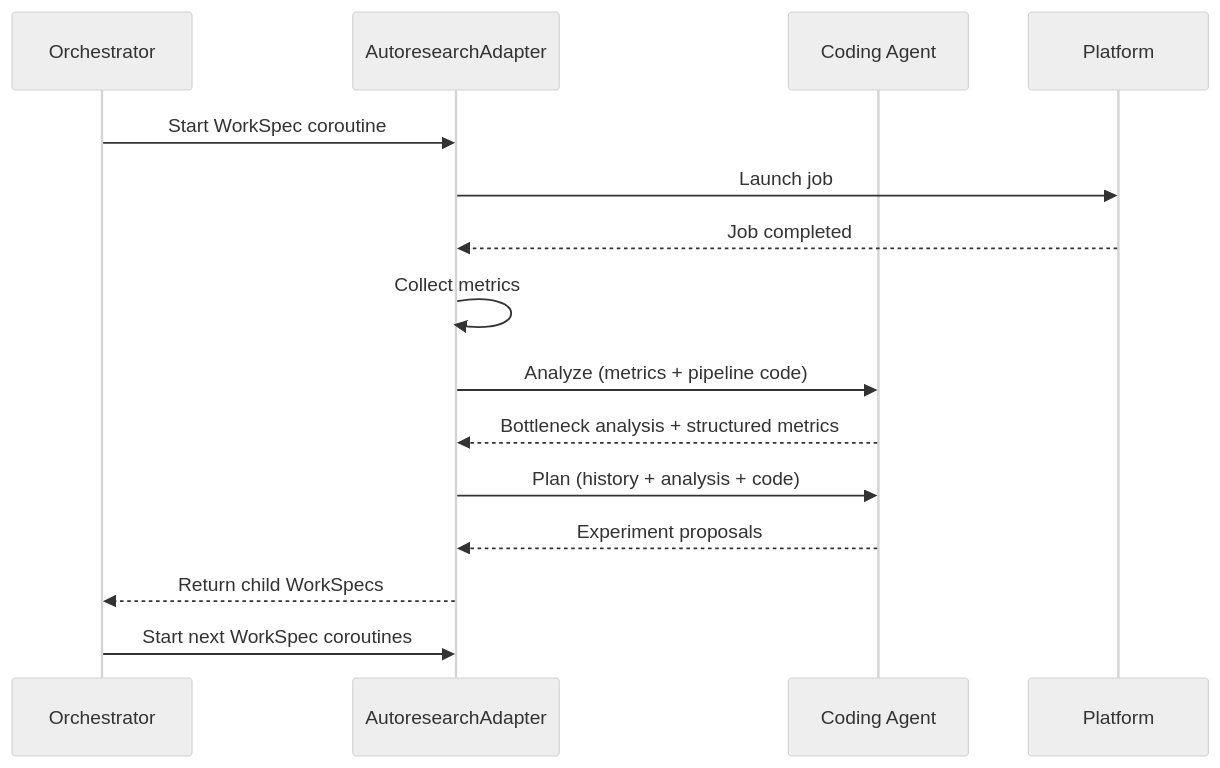
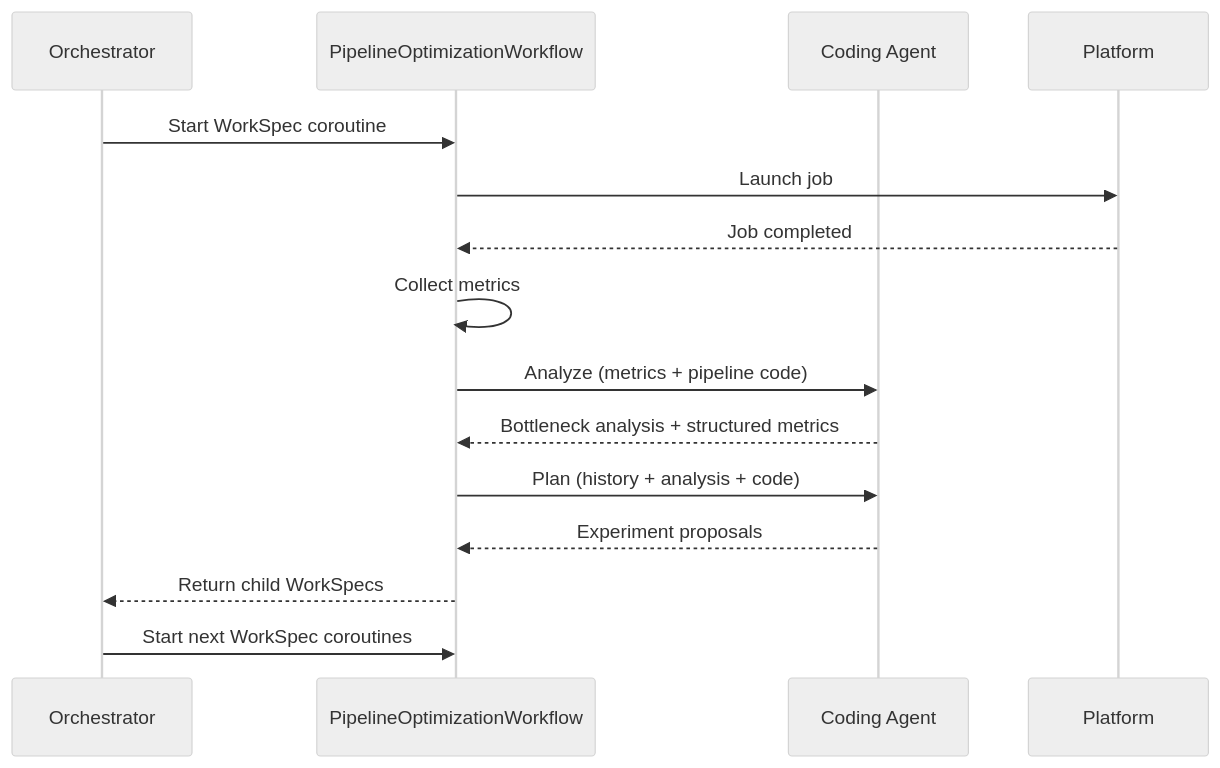
The diagram in docs/source/autoresearch/autoresearch.rst (facebookresearch/spdl), drawn with Mermaid (neutral theme) before and after one commit. The commit also changed other lines of this file and 4 other files, not shown here.

```diff
--- a/docs/source/autoresearch/autoresearch.rst
+++ b/docs/source/autoresearch/autoresearch.rst
@@ -170,18 +182,18 @@
 .. mermaid::
 
    sequenceDiagram
        participant Engine as Orchestrator
-       participant Adapter as AutoresearchAdapter
+       participant Workflow as PipelineOptimizationWorkflow
        participant Agent as Coding Agent
        participant Platform as Platform
 
-       Engine->>Adapter: Start WorkSpec coroutine
-       Adapter->>Platform: Launch job
-       Platform-->>Adapter: Job completed
-       Adapter->>Adapter: Collect metrics
-       Adapter->>Agent: Analyze (metrics + pipeline code)
-       Agent-->>Adapter: Bottleneck analysis + structured metrics
-       Adapter->>Agent: Plan (history + analysis + code)
-       Agent-->>Adapter: Experiment proposals
-       Adapter-->>Engine: Return child WorkSpecs
-       Engine->>Adapter: Start next WorkSpec coroutines
+       Engine->>Workflow: Start WorkSpec coroutine
+       Workflow->>Platform: Launch job
+       Platform-->>Workflow: Job completed
+       Workflow->>Workflow: Collect metrics
+       Workflow->>Agent: Analyze (metrics + pipeline code)
+       Agent-->>Workflow: Bottleneck analysis + structured metrics
+       Workflow->>Agent: Plan (history + analysis + code)
+       Agent-->>Workflow: Experiment proposals
+       Workflow-->>Engine: Return child WorkSpecs
+       Engine->>Workflow: Start next WorkSpec coroutines
```
